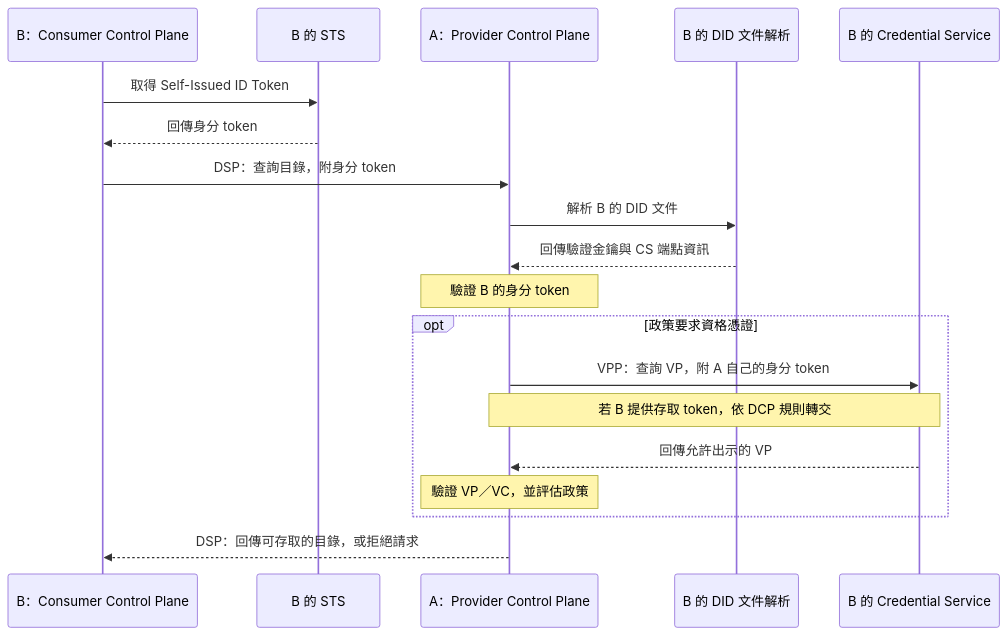
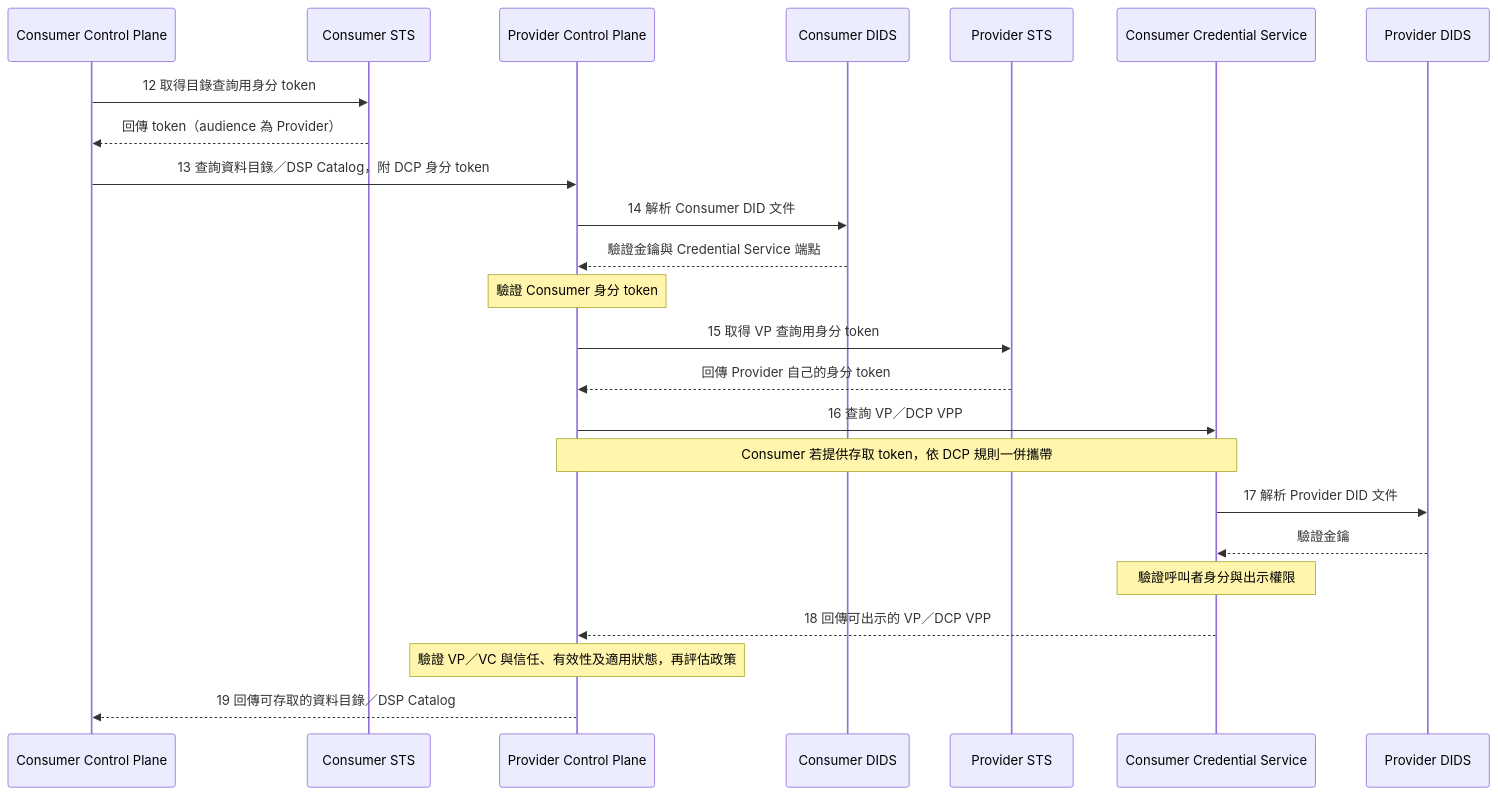
One commit to lohas1107/data-space changed the second of 2 diagrams in docs/dcp-overview.md. Above: the diagram before and after it, drawn with Mermaid. The commit also changed other lines of this file and 4 other files, not shown here.

First line of the commit message:
docs(architecture): map service interactions to Dataspace protocols

````diff
--- a/docs/dcp-overview.md
+++ b/docs/dcp-overview.md
@@ -69,22 +55,27 @@
 ```mermaid
 sequenceDiagram
-    participant B as B：Consumer Control Plane
-    participant STS as B 的 STS
-    participant A as A：Provider Control Plane
-    participant DID as B 的 DID 文件解析
-    participant CS as B 的 Credential Service
+    participant C as Consumer Control Plane
+    participant CSTS as Consumer STS
+    participant P as Provider Control Plane
+    participant CDID as Consumer DIDS
+    participant PSTS as Provider STS
+    participant CCS as Consumer Credential Service
+    participant PDID as Provider DIDS
 
-    B->>STS: 取得 Self-Issued ID Token
-    STS-->>B: 回傳身分 token
-    B->>A: DSP：查詢目錄，附身分 token
-    A->>DID: 解析 B 的 DID 文件
-    DID-->>A: 回傳驗證金鑰與 CS 端點資訊
-    Note over A: 驗證 B 的身分 token
-    opt 政策要求資格憑證
-        A->>CS: VPP：查詢 VP，附 A 自己的身分 token
-        Note over A,CS: 若 B 提供存取 token，依 DCP 規則轉交
-        CS-->>A: 回傳允許出示的 VP
-        Note over A: 驗證 VP／VC，並評估政策
-    end
-    A-->>B: DSP：回傳可存取的目錄，或拒絕請求
+    C->>CSTS: 12 取得目錄查詢用身分 token
+    CSTS-->>C: 回傳 token（audience 為 Provider）
+    C->>P: 13 查詢資料目錄／DSP Catalog，附 DCP 身分 token
+    P->>CDID: 14 解析 Consumer DID 文件
+    CDID-->>P: 驗證金鑰與 Credential Service 端點
+    Note over P: 驗證 Consumer 身分 token
+    P->>PSTS: 15 取得 VP 查詢用身分 token
+    PSTS-->>P: 回傳 Provider 自己的身分 token
+    P->>CCS: 16 查詢 VP／DCP VPP
+    Note over P,CCS: Consumer 若提供存取 token，依 DCP 規則一併攜帶
+    CCS->>PDID: 17 解析 Provider DID 文件
+    PDID-->>CCS: 驗證金鑰
+    Note over CCS: 驗證呼叫者身分與出示權限
+    CCS-->>P: 18 回傳可出示的 VP／DCP VPP
+    Note over P: 驗證 VP／VC 與信任、有效性及適用狀態，再評估政策
+    P-->>C: 19 回傳可存取的資料目錄／DSP Catalog
 ```
````
